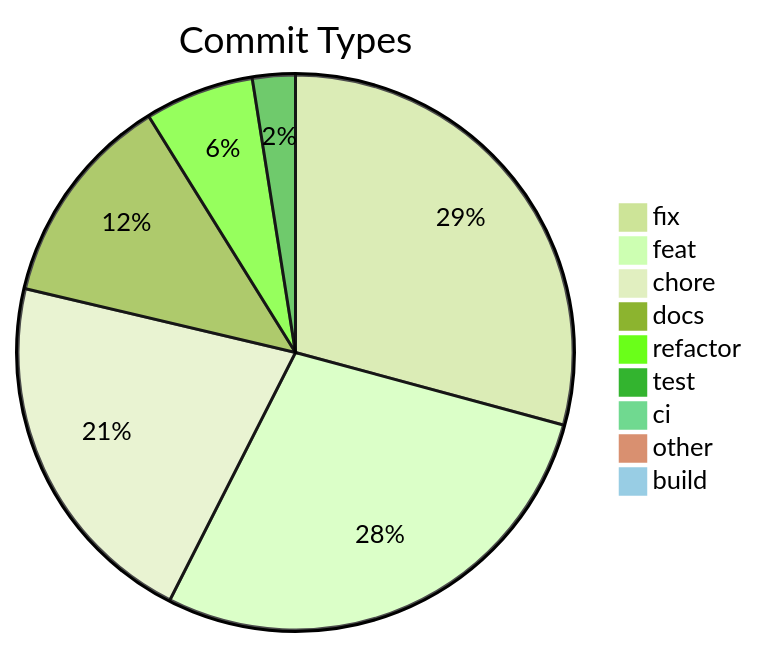
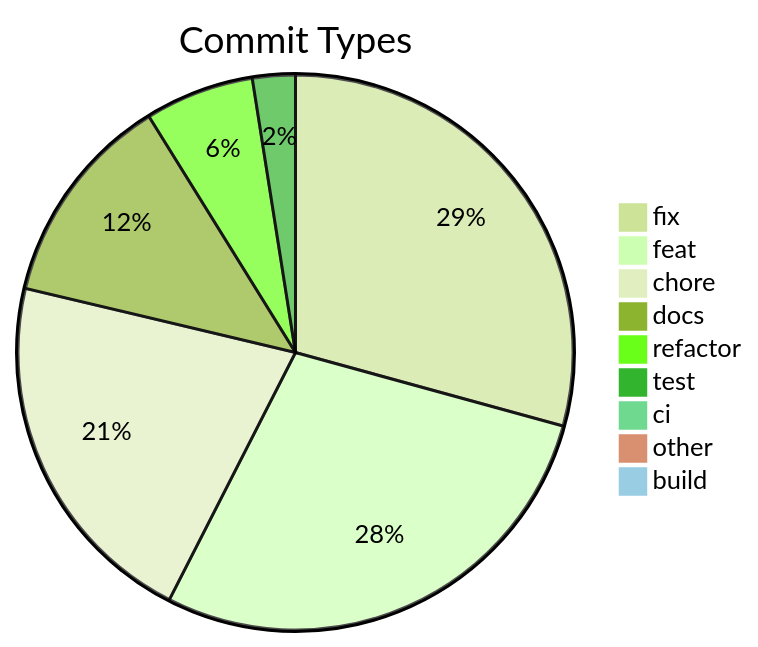
The diagram in .shipwright/compliance/change-history.md (svenroth-ai/shipwright), drawn with Mermaid (forest theme) before and after one commit. The commit also changed other lines of this file and 9 other files, not shown here.

````diff
--- a/.shipwright/compliance/change-history.md
+++ b/.shipwright/compliance/change-history.md
@@ -8,12 +8,12 @@
 ```mermaid
 pie title Commit Types
-    "fix" : 340
+    "fix" : 341
     "feat" : 329
     "chore" : 247
     "docs" : 145
     "refactor" : 74
     "test" : 29
     "ci" : 11
     "other" : 9
     "build" : 1
 ```
````
